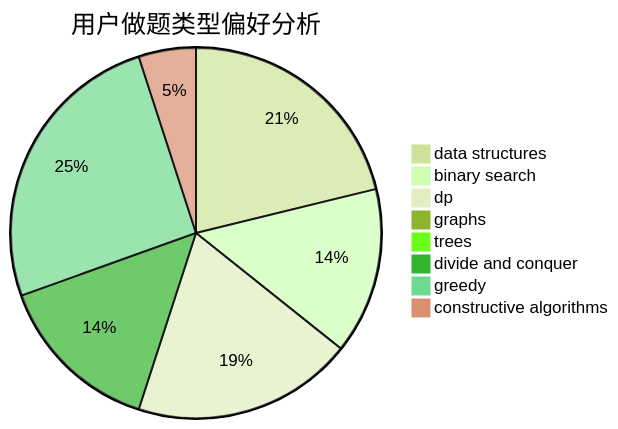
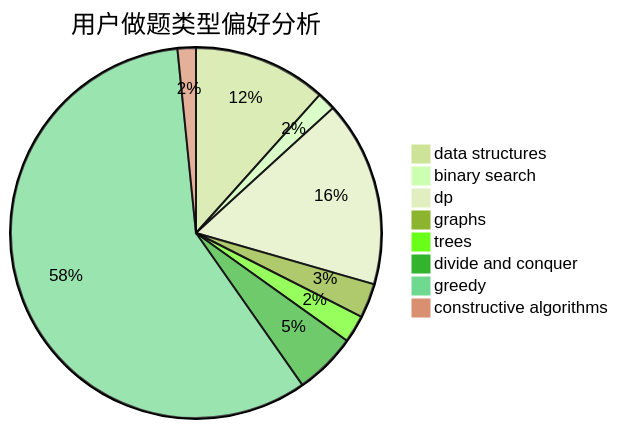
The second of 3 diagrams in docs/user/u1892.md (sherpahu/cfrs.github.io), drawn with Mermaid (forest theme) before and after one commit. The commit also changed other lines of this file and 2770 other files, not shown here.

````diff
--- a/docs/user/u1892.md
+++ b/docs/user/u1892.md
@@ -23,11 +23,11 @@
 ```mermaid
 pie title 用户做题类型偏好分析
-    "data structures" :  89
-    "binary search" :  61
+    "data structures" :  58
+    "binary search" :  8
     "dp" :  81
-    "graphs" :  4
-    "trees" :  4
-    "divide and conquer" :  61
-    "greedy" :  107
-    "constructive algorithms" :  21
+    "graphs" :  15
+    "trees" :  12
+    "divide and conquer" :  27
+    "greedy" :  290
+    "constructive algorithms" :  8
 ```
````
